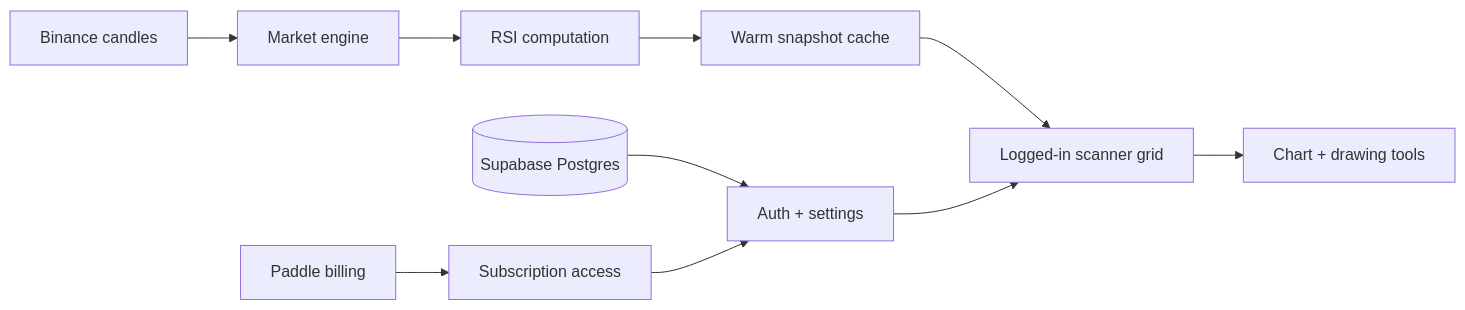
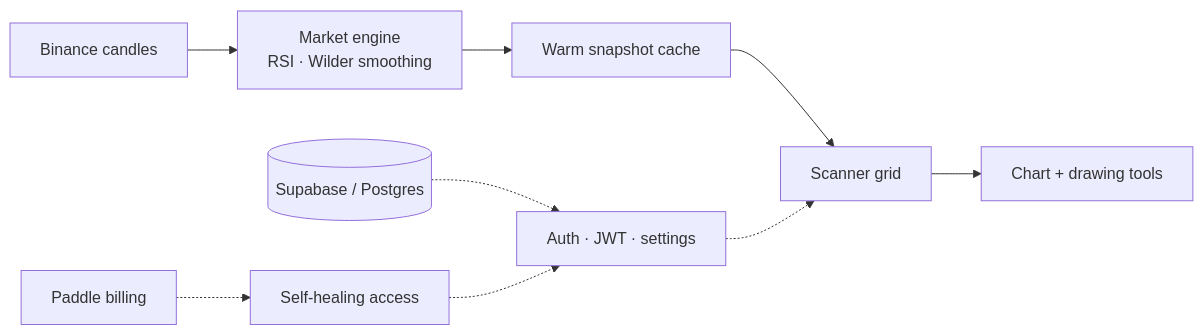
The diagram in README.md (hamad-naeem/rsiscreener), drawn with Mermaid before and after one commit. The commit also changed other lines of this file and 25 other files, not shown here.

````diff
--- a/README.md
+++ b/README.md
@@ -112,14 +52,6 @@
 ```mermaid
 flowchart LR
-  Binance[Binance candles] --> Engine[Market engine]
-  Engine --> RSI[RSI computation]
-  RSI --> Cache[Warm snapshot cache]
-  Cache --> Grid[Logged-in scanner grid]
-  Grid --> Chart[Chart + drawing tools]
-
-  Supabase[(Supabase Postgres)] --> Auth[Auth + settings]
-  Auth --> Grid
-
-  Paddle[Paddle billing] --> Access[Subscription access]
-  Access --> Auth
+  B[Binance candles] --> E[Market engine<br/>RSI · Wilder smoothing] --> C[Warm snapshot cache] --> G[Scanner grid] --> Ch[Chart + drawing tools]
+  S[(Supabase / Postgres)] -.-> A[Auth · JWT · settings] -.-> G
+  P[Paddle billing] -.-> AC[Self-healing access] -.-> A
 ```
````
